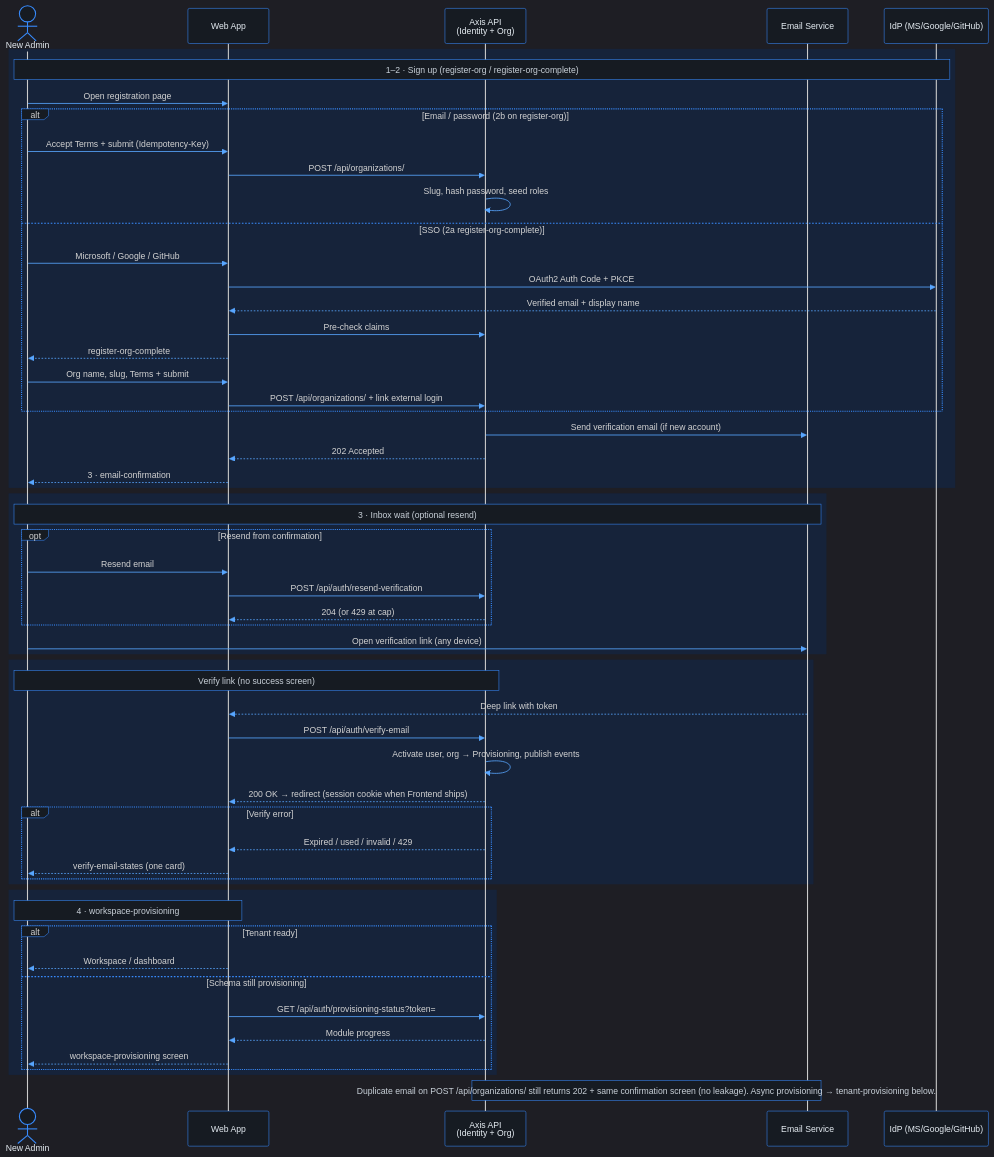
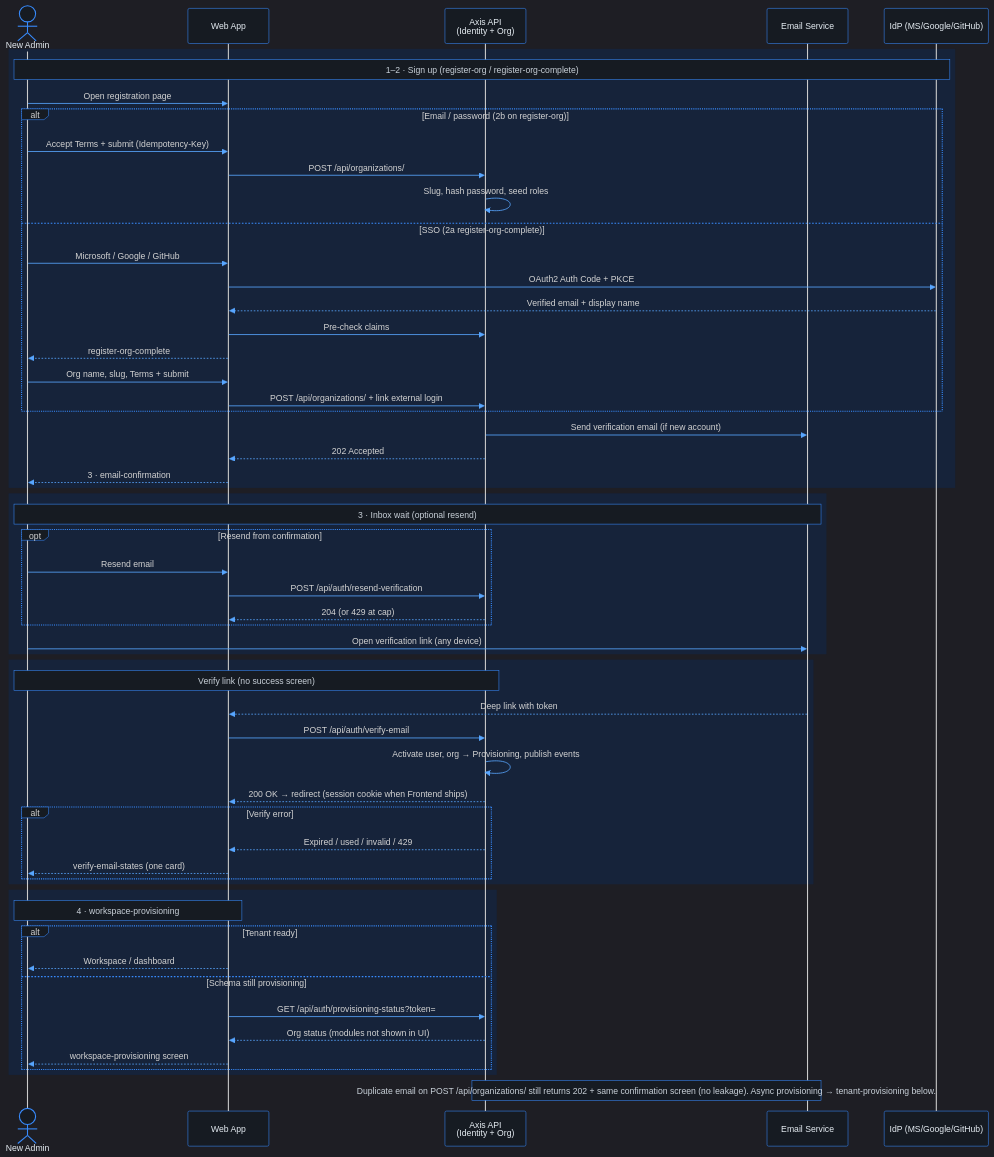
One commit to phuongnse/axis changed the second of 4 diagrams in docs/use-cases/platform-foundation/register-org/README.md. Above: the diagram before and after it, drawn with Mermaid. The commit also changed other lines of this file and 3 other files, not shown here.

````diff
--- a/docs/use-cases/platform-foundation/register-org/README.md
+++ b/docs/use-cases/platform-foundation/register-org/README.md
@@ -212,66 +213,66 @@
 ```mermaid
 %%{init: {'theme':'dark','themeVariables':{'background':'#0d1117','mainBkg':'#0d1117','primaryColor':'#161b22','primaryBorderColor':'#388bfd','primaryTextColor':'#e6edf3','secondaryColor':'#21262d','secondaryBorderColor':'#388bfd','secondaryTextColor':'#e6edf3','tertiaryColor':'#161b22','tertiaryTextColor':'#e6edf3','lineColor':'#58a6ff','textColor':'#e6edf3','nodeBorder':'#388bfd','clusterBkg':'#161b22','clusterBorder':'#388bfd','titleColor':'#e6edf3','edgeLabelBackground':'#161b22','actorBkg':'#161b22','actorBorder':'#388bfd','actorTextColor':'#e6edf3','signalColor':'#58a6ff','labelBoxBkgColor':'#161b22','labelBoxBorderColor':'#388bfd','noteBkgColor':'#161b22','noteBorderColor':'#388bfd','noteTextColor':'#c9d1d9','activationBkgColor':'#30363d'}}}%%
 
 sequenceDiagram
   actor Admin as New Admin
   participant Web as Web App
   participant API as Axis API<br/>(Identity + Org)
   participant Email as Email Service
   participant IdP as IdP (MS/Google/GitHub)
 
   rect rgb(22, 35, 58)
     Note over Admin,IdP: 1–2 · Sign up (register-org / register-org-complete)
     Admin->>Web: Open registration page
     alt Email / password (2b on register-org)
       Admin->>Web: Accept Terms + submit (Idempotency-Key)
       Web->>API: POST /api/organizations/
       API->>API: Slug, hash password, seed roles
     else SSO (2a register-org-complete)
       Admin->>Web: Microsoft / Google / GitHub
       Web->>IdP: OAuth2 Auth Code + PKCE
       IdP-->>Web: Verified email + display name
       Web->>API: Pre-check claims
       Web-->>Admin: register-org-complete
       Admin->>Web: Org name, slug, Terms + submit
       Web->>API: POST /api/organizations/ + link external login
     end
     API->>Email: Send verification email (if new account)
     API-->>Web: 202 Accepted
     Web-->>Admin: 3 · email-confirmation
   end
 
   rect rgb(22, 35, 58)
     Note over Admin,Email: 3 · Inbox wait (optional resend)
     opt Resend from confirmation
       Admin->>Web: Resend email
       Web->>API: POST /api/auth/resend-verification
       API-->>Web: 204 (or 429 at cap)
     end
     Admin->>Email: Open verification link (any device)
   end
 
   rect rgb(22, 35, 58)
     Note over Admin,API: Verify link (no success screen)
     Email-->>Web: Deep link with token
     Web->>API: POST /api/auth/verify-email
     API->>API: Activate user, org → Provisioning, publish events
     API-->>Web: 200 OK → redirect (session cookie when Frontend ships)
     alt Verify error
       API-->>Web: Expired / used / invalid / 429
       Web-->>Admin: verify-email-states (one card)
     end
   end
 
   rect rgb(22, 35, 58)
     Note over Admin,Web: 4 · workspace-provisioning
     alt Tenant ready
       Web-->>Admin: Workspace / dashboard
     else Schema still provisioning
       Web->>API: GET /api/auth/provisioning-status?token=
-      API-->>Web: Module progress
+      API-->>Web: Org status (modules not shown in UI)
       Web-->>Admin: workspace-provisioning screen
     end
   end
 
   Note over API,Email: Duplicate email on POST /api/organizations/ still returns 202 + same confirmation screen (no leakage). Async provisioning → tenant-provisioning below.
 ```
````
